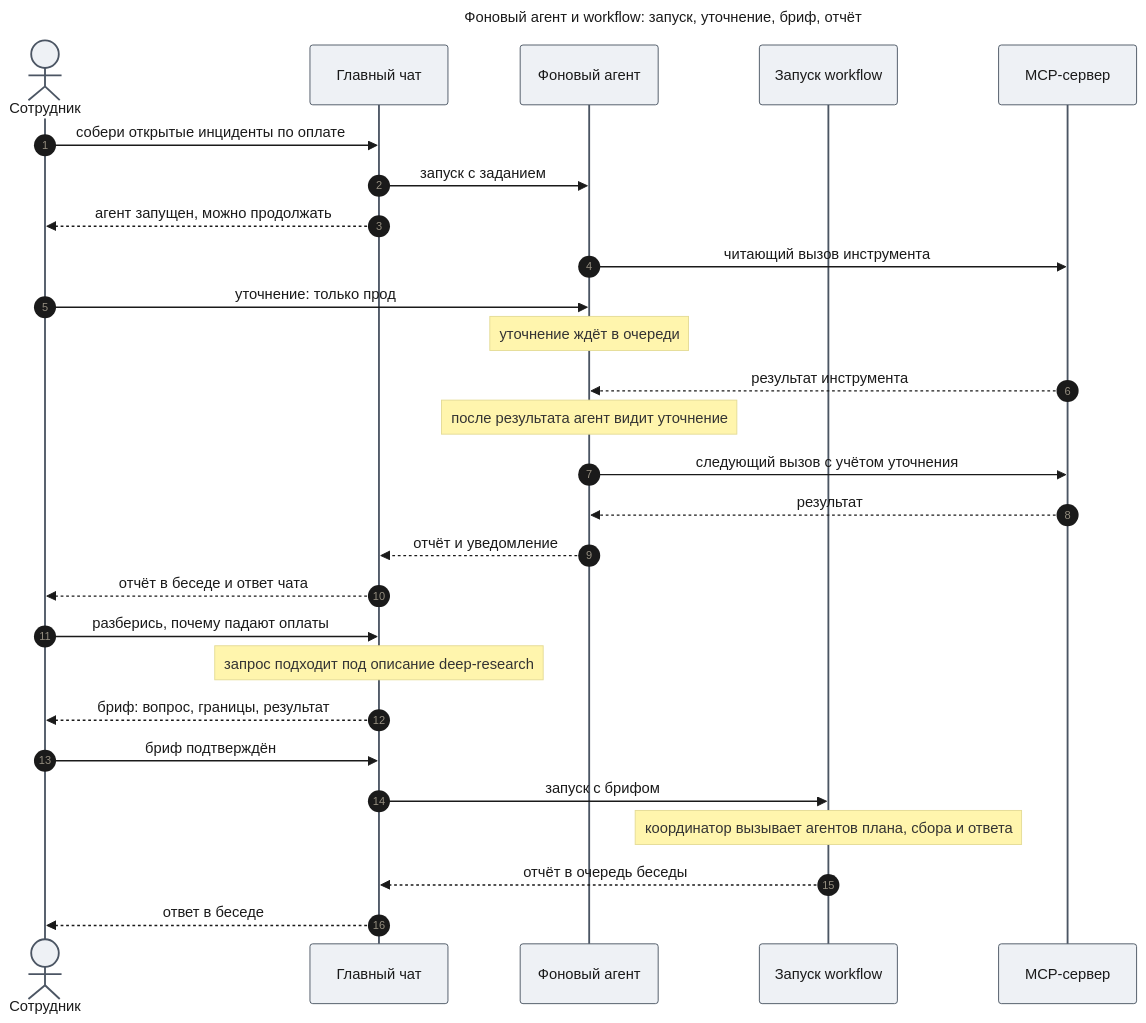
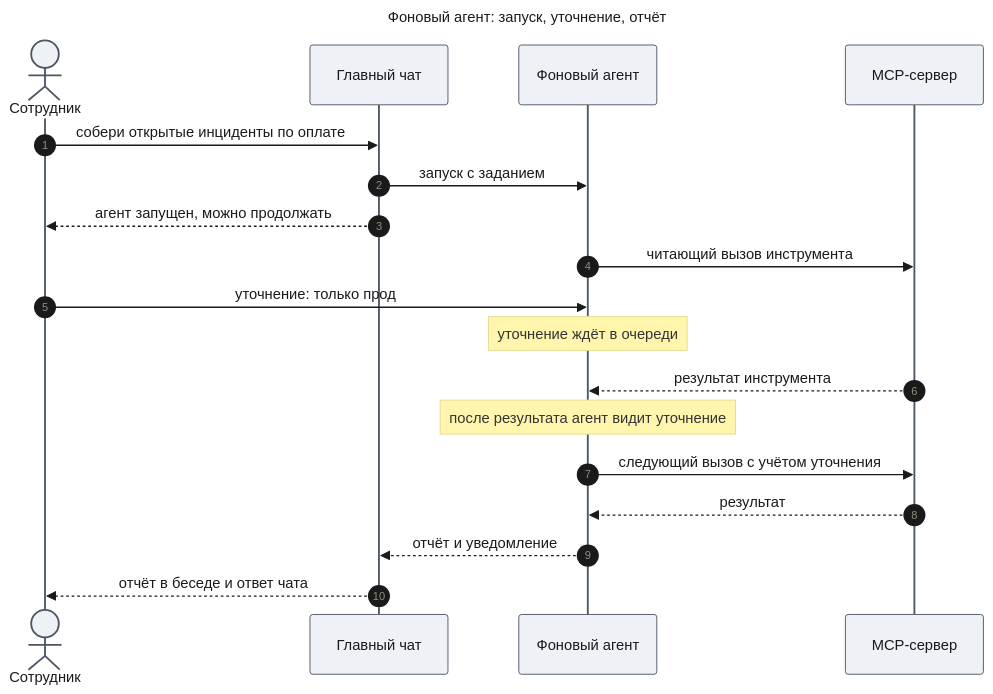
One commit to tundraray/agent-os changed the third of 5 diagrams in docs/features/agent-platform/prd.md. Above: the diagram before and after it, drawn with Mermaid. The commit also changed other lines of this file and 1225 other files, not shown here.

````diff
--- a/docs/features/agent-platform/prd.md
+++ b/docs/features/agent-platform/prd.md
@@ -181,59 +149,44 @@
 ```mermaid
 ---
-title: "Фоновый агент и workflow: запуск, уточнение, бриф, отчёт"
+title: "Фоновый агент: запуск, уточнение, отчёт"
 config:
   theme: base
   look: classic
   themeVariables:
     primaryColor: "#eef1f5"
     primaryBorderColor: "#4b5563"
     primaryTextColor: "#1a1a1a"
     lineColor: "#6b7280"
   themeCSS: |
     @keyframes lit_sq{0%,5.625%{stroke:#991b1b;stroke-width:6px}6.25%,100%{stroke:#37474f;stroke-width:2px}}
     @keyframes litr_sq{0%,5.625%{stroke:#1d4ed8;stroke-width:6px}6.25%,100%{stroke:#37474f;stroke-width:2px}}
     .messageLine0[data-id='i1'],.messageLine1[data-id='i1']{animation:lit_sq 19.2s linear 0s infinite}
     .messageLine0[data-id='i2'],.messageLine1[data-id='i2']{animation:lit_sq 19.2s linear 1.2s infinite}
     .messageLine0[data-id='i3'],.messageLine1[data-id='i3']{animation:litr_sq 19.2s linear 2.4s infinite}
     .messageLine0[data-id='i4'],.messageLine1[data-id='i4']{animation:litr_sq 19.2s linear 3.6s infinite}
     .messageLine0[data-id='i5'],.messageLine1[data-id='i5']{animation:lit_sq 19.2s linear 4.8s infinite}
     .messageLine0[data-id='i7'],.messageLine1[data-id='i7']{animation:litr_sq 19.2s linear 6s infinite}
     .messageLine0[data-id='i9'],.messageLine1[data-id='i9']{animation:litr_sq 19.2s linear 7.2s infinite}
     .messageLine0[data-id='i10'],.messageLine1[data-id='i10']{animation:litr_sq 19.2s linear 8.4s infinite}
     .messageLine0[data-id='i11'],.messageLine1[data-id='i11']{animation:litr_sq 19.2s linear 9.6s infinite}
     .messageLine0[data-id='i12'],.messageLine1[data-id='i12']{animation:litr_sq 19.2s linear 10.8s infinite}
-    .messageLine0[data-id='i13'],.messageLine1[data-id='i13']{animation:lit_sq 19.2s linear 12s infinite}
-    .messageLine0[data-id='i15'],.messageLine1[data-id='i15']{animation:litr_sq 19.2s linear 13.2s infinite}
-    .messageLine0[data-id='i16'],.messageLine1[data-id='i16']{animation:lit_sq 19.2s linear 14.4s infinite}
-    .messageLine0[data-id='i17'],.messageLine1[data-id='i17']{animation:lit_sq 19.2s linear 15.6s infinite}
-    .messageLine0[data-id='i19'],.messageLine1[data-id='i19']{animation:litr_sq 19.2s linear 16.8s infinite}
-    .messageLine0[data-id='i20'],.messageLine1[data-id='i20']{animation:litr_sq 19.2s linear 18s infinite}
 ---
 sequenceDiagram
     autonumber
     actor U as Сотрудник
     participant C as Главный чат
     participant A as Фоновый агент
-    participant W as Запуск workflow
     participant M as MCP-сервер
     U->>C: собери открытые инциденты по оплате
     C->>A: запуск с заданием
     C-->>U: агент запущен, можно продолжать
     A->>M: читающий вызов инструмента
     U->>A: уточнение: только прод
     Note over A: уточнение ждёт в очереди
     M-->>A: результат инструмента
     Note over A: после результата агент видит уточнение
     A->>M: следующий вызов с учётом уточнения
     M-->>A: результат
     A-->>C: отчёт и уведомление
     C-->>U: отчёт в беседе и ответ чата
-    U->>C: разберись, почему падают оплаты
-    Note over C: запрос подходит под описание deep-research
-    C-->>U: бриф: вопрос, границы, результат
-    U->>C: бриф подтверждён
-    C->>W: запуск с брифом
-    Note over W: координатор вызывает агентов плана, сбора и ответа
-    W-->>C: отчёт в очередь беседы
-    C-->>U: ответ в беседе
 ```
````
